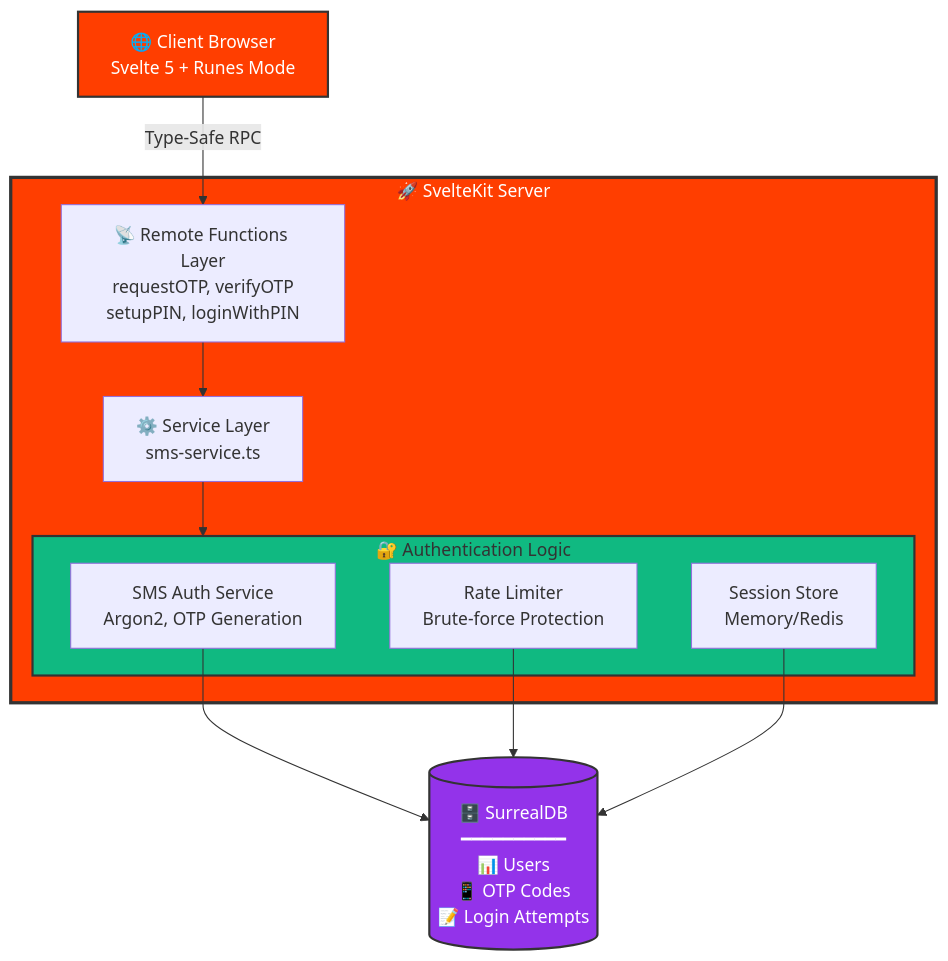
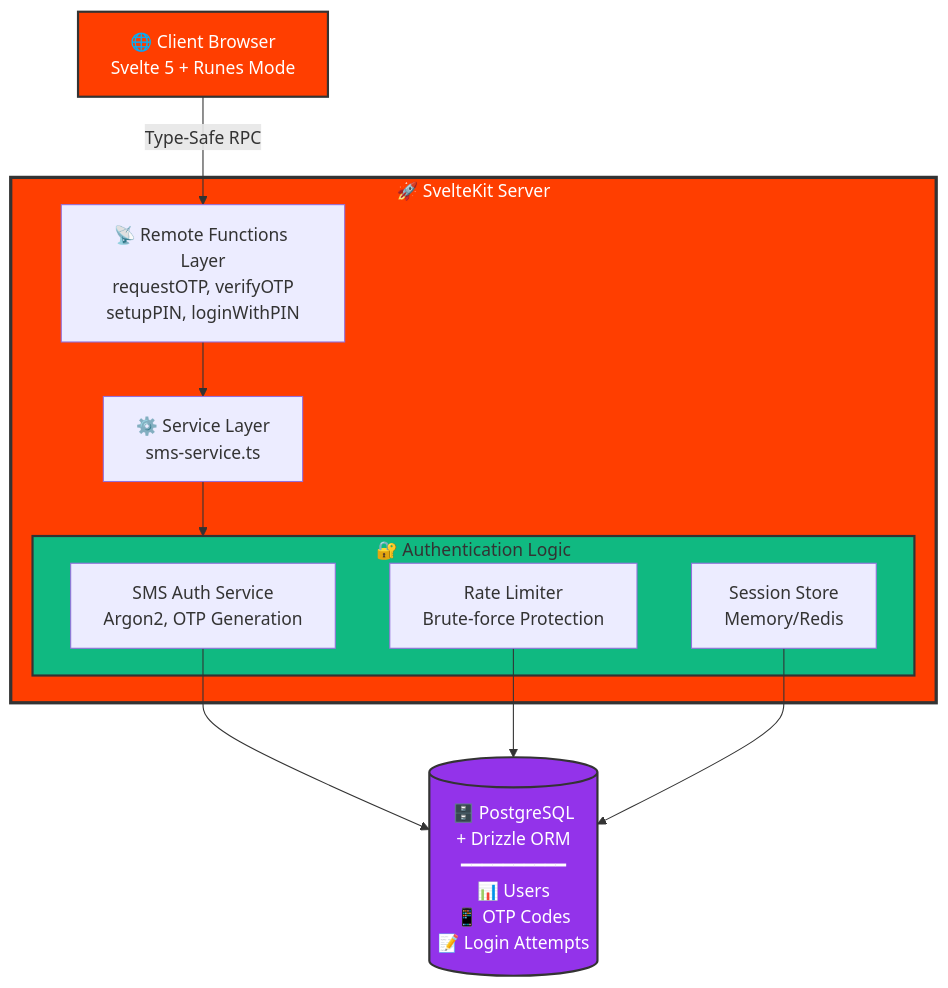
Before and after one commit to mzdssunlock/auth-bff-sms-pin-template: the first of 2 diagrams in README.md, drawn with Mermaid. The commit also changed other lines of this file and 22 other files, not shown here.

Commit message:
major: migration from SurrealDB to PostgreSQL and DrizzleORM

````diff
--- a/README.md
+++ b/README.md
@@ -120,29 +115,29 @@
 ```mermaid
 graph TB
     Client[🌐 Client Browser<br/>Svelte 5 + Runes Mode]
 
     subgraph SvelteKit["🚀 SvelteKit Server"]
         RemoteFunctions[📡 Remote Functions Layer<br/>requestOTP, verifyOTP<br/>setupPIN, loginWithPIN]
         ServiceLayer[⚙️ Service Layer<br/>sms-service.ts]
 
         subgraph AuthLogic["🔐 Authentication Logic"]
             SMSAuth[SMS Auth Service<br/>Argon2, OTP Generation]
             RateLimit[Rate Limiter<br/>Brute-force Protection]
             SessionStore[Session Store<br/>Memory/Redis]
         end
     end
 
-    Database[(🗄️ SurrealDB<br/>━━━━━━━━━━<br/>📊 Users<br/>📱 OTP Codes<br/>📝 Login Attempts)]
+    Database[(🗄️ PostgreSQL<br/>+ Drizzle ORM<br/>━━━━━━━━━━<br/>📊 Users<br/>📱 OTP Codes<br/>📝 Login Attempts)]
 
     Client -->|Type-Safe RPC| RemoteFunctions
     RemoteFunctions --> ServiceLayer
     ServiceLayer --> AuthLogic
     SMSAuth --> Database
     RateLimit --> Database
     SessionStore --> Database
 
     style Client fill:#FF3E00,stroke:#333,stroke-width:2px,color:#fff
     style SvelteKit fill:#FF3E00,stroke:#333,stroke-width:3px,color:#fff
     style Database fill:#9333EA,stroke:#333,stroke-width:2px,color:#fff
     style AuthLogic fill:#10B981,stroke:#333,stroke-width:2px
 ```
````
